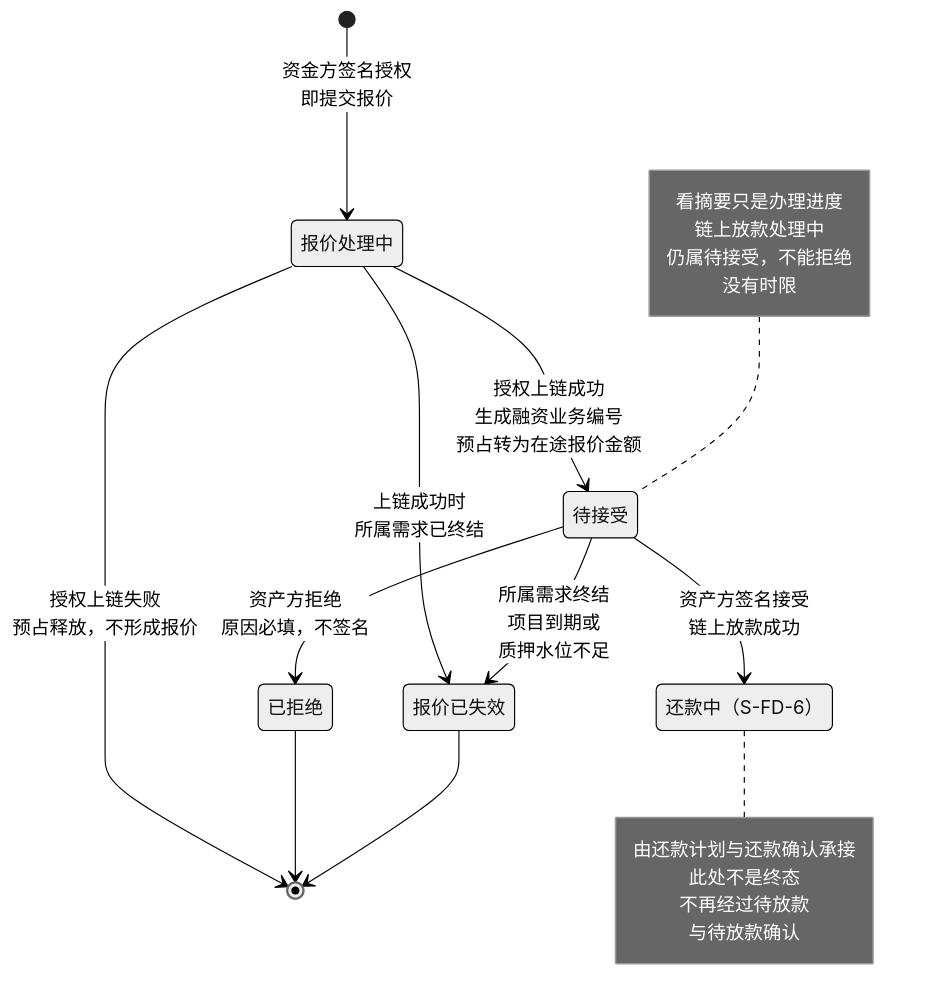
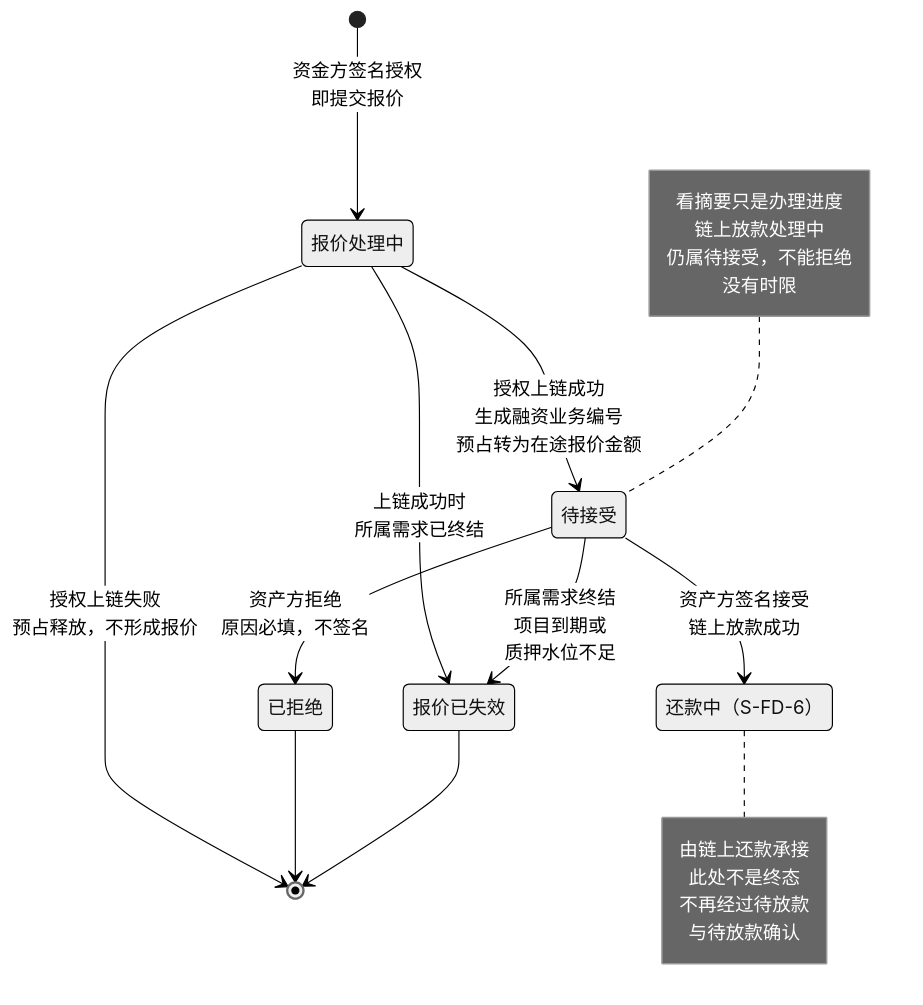
Before and after one commit to wxblockchain/Chain-Financing: the eighth of 10 diagrams in lending-platform/PRD/面客端/06-借贷广场-授信报价与接受拒绝/02-授信报价与接受拒绝-流程图与状态机.md, drawn with Mermaid (neutral theme). The commit also changed other lines of this file and 15 other files, not shown here.

````diff
--- a/lending-platform/PRD/面客端/06-借贷广场-授信报价与接受拒绝/02-授信报价与接受拒绝-流程图与状态机.md
+++ b/lending-platform/PRD/面客端/06-借贷广场-授信报价与接受拒绝/02-授信报价与接受拒绝-流程图与状态机.md
@@ -215,29 +215,29 @@
 ```mermaid
 stateDiagram-v2
   state "报价处理中" as PENDING
   state "待接受" as WAIT
   state "已拒绝" as REJECTED
   state "报价已失效" as EXPIRED
   state "还款中（S-FD-6）" as FUNDING
   [*] --> PENDING: 资金方签名授权<br/>即提交报价
   PENDING --> [*]: 授权上链失败<br/>预占释放，不形成报价
   PENDING --> WAIT: 授权上链成功<br/>生成融资业务编号<br/>预占转为在途报价金额
   PENDING --> EXPIRED: 上链成功时<br/>所属需求已终结
   WAIT --> REJECTED: 资产方拒绝<br/>原因必填，不签名
   WAIT --> EXPIRED: 所属需求终结<br/>项目到期或<br/>质押水位不足
   WAIT --> FUNDING: 资产方签名接受<br/>链上放款成功
   REJECTED --> [*]
   EXPIRED --> [*]
   note left of WAIT
     看摘要只是办理进度
     链上放款处理中
     仍属待接受，不能拒绝
     没有时限
   end note
   note right of FUNDING
-    由还款计划与还款确认承接
+    由链上还款承接
     此处不是终态
     不再经过待放款
     与待放款确认
   end note
 ```
````
